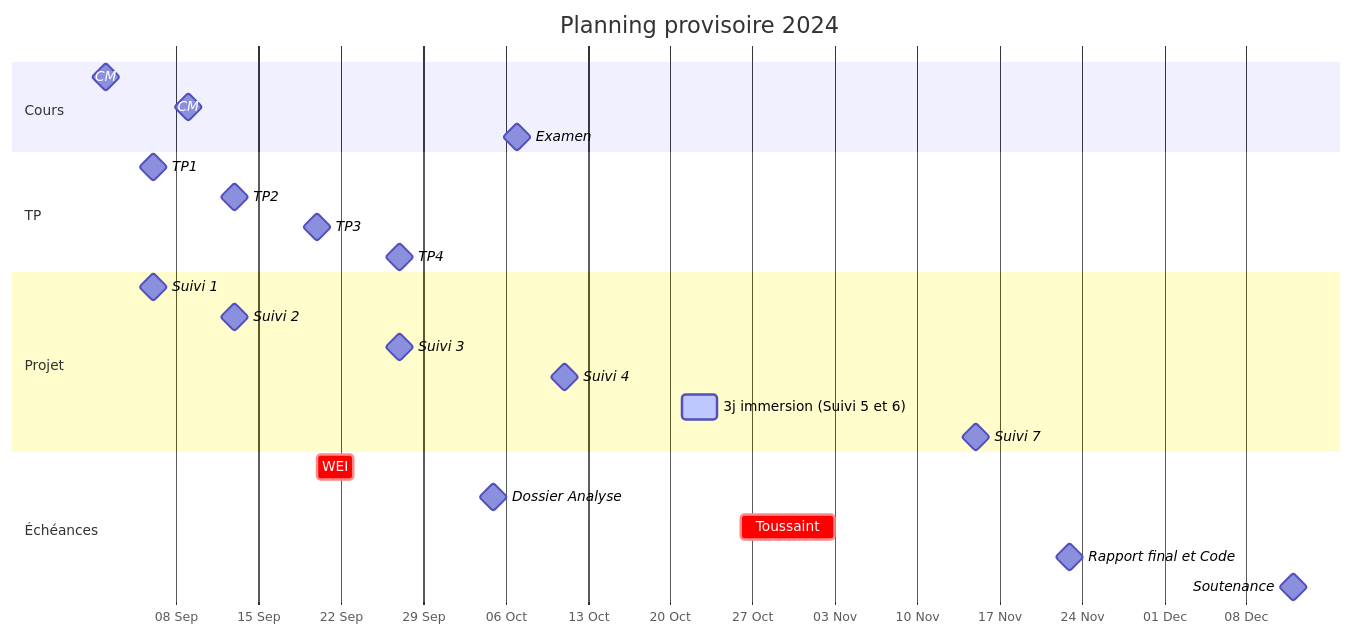
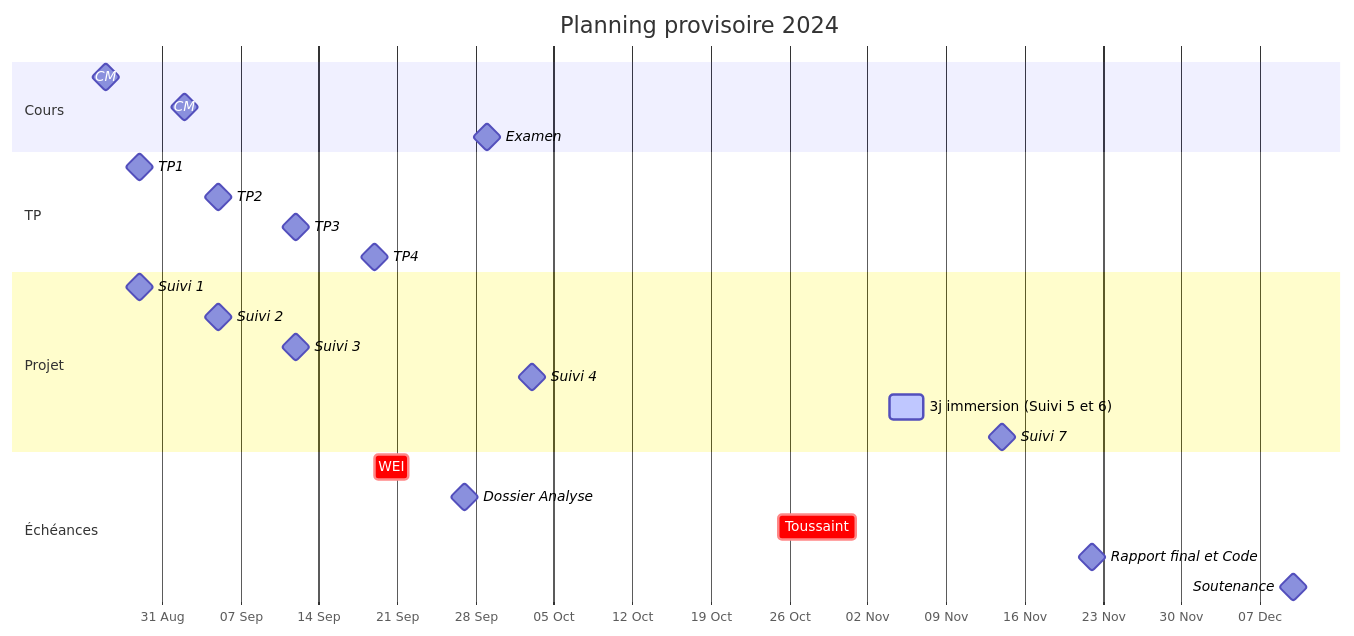
Before and after one commit to ludo2ne/ENSAI-2A-Projet-info: the diagram in quarto-site/doc/projet/presentation-eleves.qmd, drawn with Mermaid. The commit also changed other lines of this file and 5 other files, not shown here.

````diff
--- a/quarto-site/doc/projet/presentation-eleves.qmd
+++ b/quarto-site/doc/projet/presentation-eleves.qmd
@@ -44,35 +44,33 @@
 ```{mermaid}
 gantt
     title Planning provisoire 2024
     dateFormat  YYYY-MM-DD
     axisFormat  %d %b
     tickInterval 1week
     
     section Cours
-    CM                           :milestone, 2024-09-02,
-    CM                           :milestone, 2024-09-09, 
-    Examen                       :milestone, 2024-10-07,
+    CM                           :milestone, 2025-08-26,
+    CM                           :milestone, 2025-09-02, 
+    Examen                       :milestone, 2025-09-29,
     
     section TP
-    TP1                          :milestone, 2024-09-06,
-    TP2                          :milestone, 2024-09-13,
-    TP3                          :milestone, 2024-09-20,
-    TP4                          :milestone, 2024-09-27,
+    TP1                          :milestone, 2025-08-29,
+    TP2                          :milestone, 2025-09-05,
+    TP3                          :milestone, 2025-09-12,
+    TP4                          :milestone, 2025-09-19,
     
     section Projet
-    Suivi 1                      :milestone, 2024-09-06,
-    Suivi 2                      :milestone, 2024-09-13,
-    Suivi 3                      :milestone, 2024-09-27,
-    Suivi 4                      :milestone, 2024-10-11,
-    3j immersion (Suivi 5 et 6)  :active,    2024-10-21, 3d
-    Suivi 7                      :milestone, 2024-11-15,
+    Suivi 1                      :milestone, 2025-08-29,
+    Suivi 2                      :milestone, 2025-09-05,
+    Suivi 3                      :milestone, 2025-09-12,
+    Suivi 4                      :milestone, 2025-10-03,
+    3j immersion (Suivi 5 et 6)  :active,    2025-11-04, 3d
+    Suivi 7                      :milestone, 2025-11-14,
     
     section Échéances
-    WEI                          :crit,      2024-09-20, 3d
-    Dossier Analyse              :milestone, 2024-10-05,
-    Toussaint                    :crit,      2024-10-26, 2024-11-03
-    Rapport final et Code        :milestone, 2024-11-23,
-    Soutenance                   :milestone, 2024-12-12,
-    
-    %%Stats univariées retraités   :done,         2021-11-28, 3d
+    WEI                          :crit,      2025-09-19, 3d
+    Dossier Analyse              :milestone, 2025-09-27,
+    Toussaint                    :crit,      2025-10-25, 7d
+    Rapport final et Code        :milestone, 2025-11-22,
+    Soutenance                   :milestone, 2025-12-10,
 ```
````
